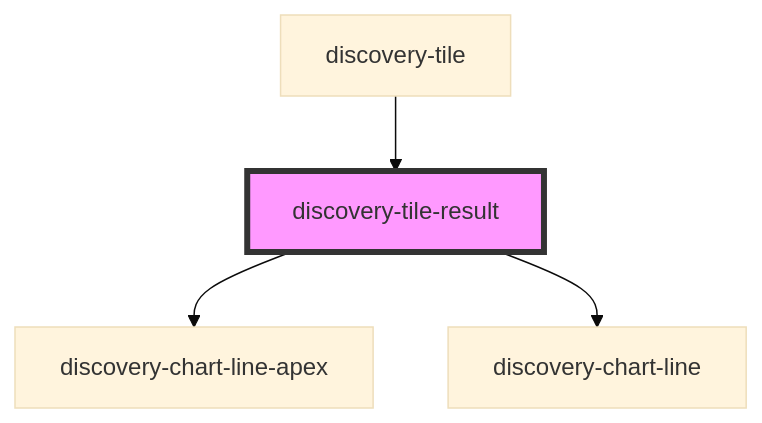
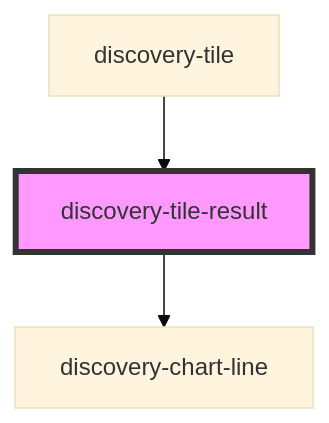
One commit to senx/discovery-widgets changed the diagram in src/components/discovery-tile-result/readme.md. Above: the diagram before and after it, drawn with Mermaid (base theme). The commit also changed other lines of this file and 3 other files, not shown here.

````diff
--- a/src/components/discovery-tile-result/readme.md
+++ b/src/components/discovery-tile-result/readme.md
@@ -31,7 +32,6 @@
 ```mermaid
 graph TD;
-  discovery-tile-result --> discovery-chart-line-apex
   discovery-tile-result --> discovery-chart-line
   discovery-tile --> discovery-tile-result
   style discovery-tile-result fill:#f9f,stroke:#333,stroke-width:4px
 ```
````
